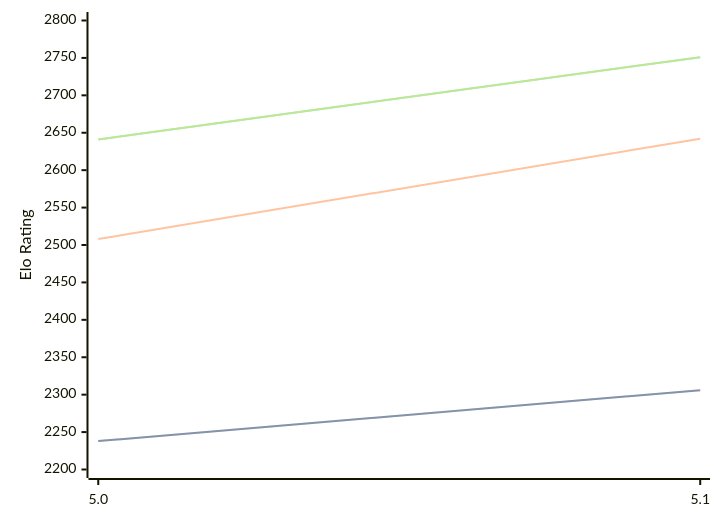
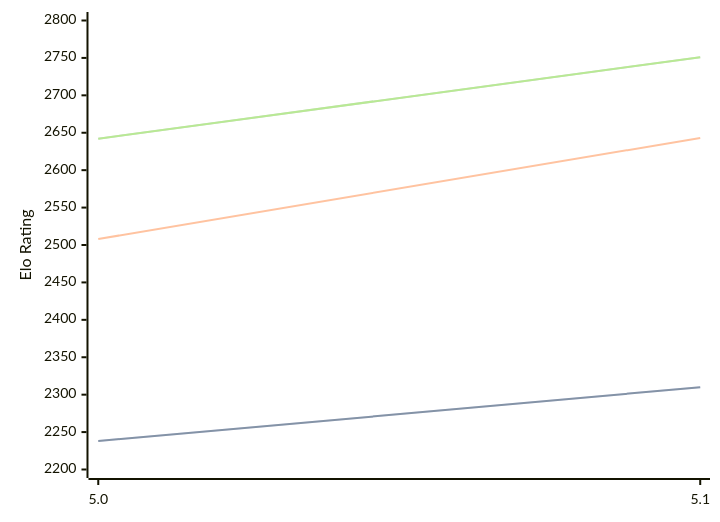
Before and after one commit to computer-chess-index/cci: the diagram in engines/Dorky.md, drawn with Mermaid. The commit also changed other lines of this file, not shown here.

Commit message:
Update CCI Ratings (ELO VLTC) - 2026-09-13

````diff
--- a/engines/Dorky.md
+++ b/engines/Dorky.md
@@ -32,11 +32,11 @@
 ```mermaid
 %%{init: {"theme":"base","themeVariables":{"seriesColors:['#a3a3a3','#222221','#faa371']}}}%%
 xychart-beta
   x-axis ["5.0", "5.1"]
   y-axis "Elo Rating" 2200 --> 2800
-  line "" [2238, 2306]
-  line "STC (8.0+0.08s)" [2238, 2306]
-  line "LTC (60.0+0.60s)" [2508, 2642]
-  line "" [2641, 2751]
-  line "VLTC (2m24s+1.12s)" [2641, 2751]
+  line "" [2238, 2310]
+  line "STC (8.0+0.08s)" [2238, 2310]
+  line "LTC (60.0+0.60s)" [2508, 2643]
+  line "" [2642, 2751]
+  line "VLTC (2m24s+1.12s)" [2642, 2751]
 ```
````
